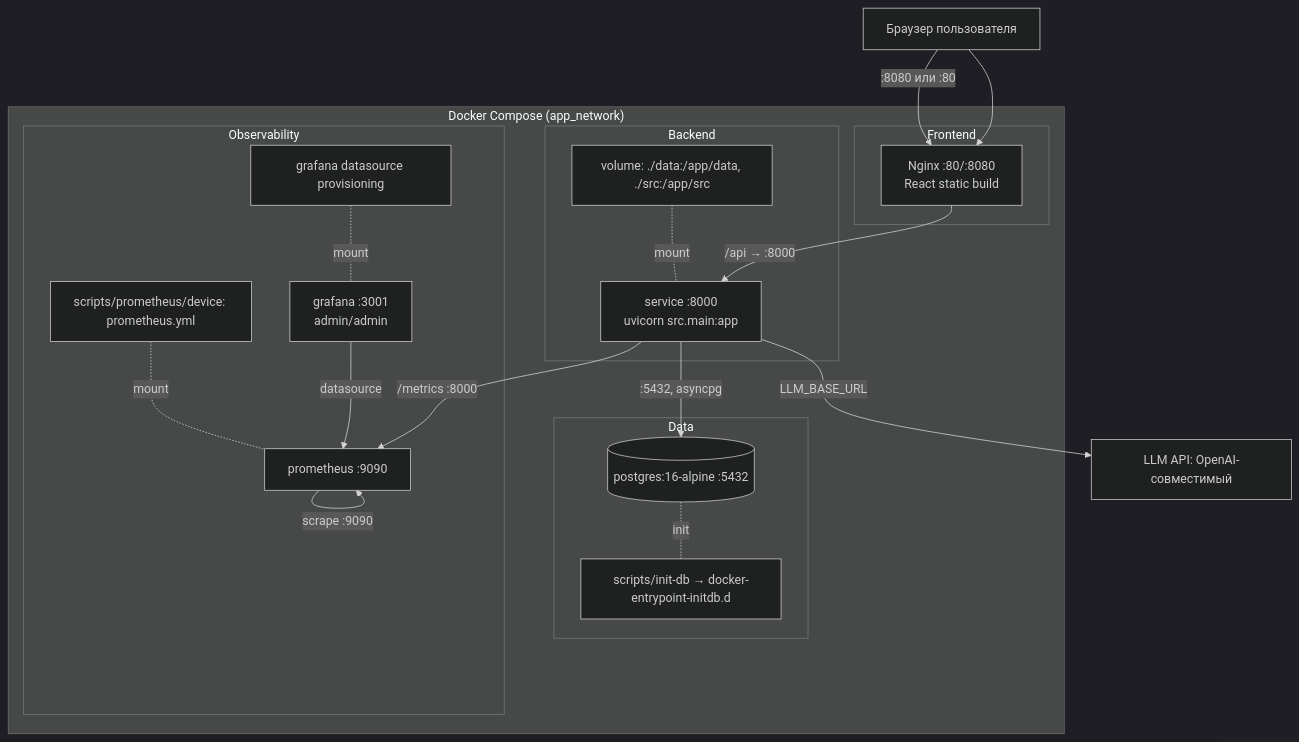
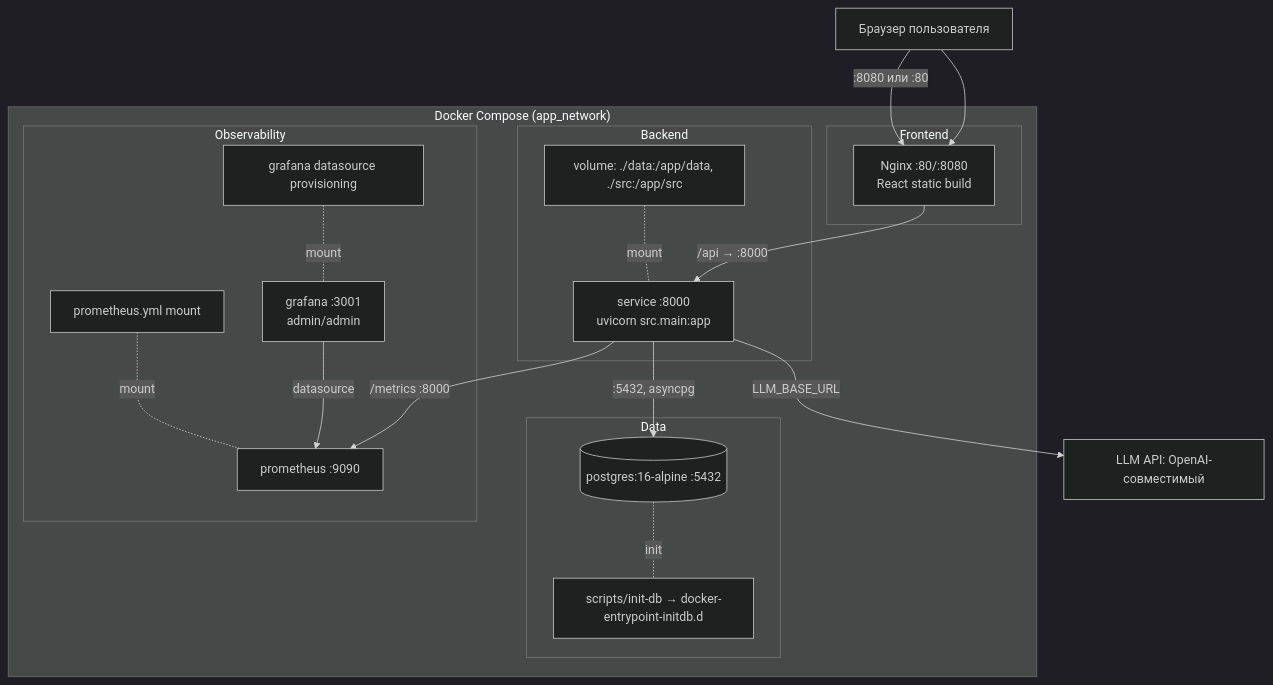
Before and after one commit to kostIT13/EVRAZ_ExcelAgent: the diagram in diagrams/deployment.md, drawn with Mermaid (dark theme). The commit also changed 11 other files, not shown here.

Commit message:
fix diagrams

````diff
--- a/diagrams/deployment.md
+++ b/diagrams/deployment.md
@@ -6,41 +6,40 @@
 ```mermaid
 flowchart TD
-    U[Браузер пользователя] --> FE
+    U["Браузер пользователя"] --> FE
 
-    subgraph "Docker Compose (app_network)"
-        subgraph FE_ ["Frontend"]
-            FE[Nginx :80/:8080<br/>React static build]
+    subgraph Compose ["Docker Compose (app_network)"]
+        subgraph FEBox ["Frontend"]
+            FE["Nginx :80/:8080<br/>React static build"]
         end
 
-        subgraph BE_ ["Backend"]
-            BE[service :8000<br/>uvicorn src.main:app]
+        subgraph BEBox ["Backend"]
+            BE["service :8000<br/>uvicorn src.main:app"]
             VOL["volume: ./data:/app/data, ./src:/app/src"]
         end
 
-        subgraph DBS_ ["Data"]
-            PG[(postgres:16-alpine :5432)]
-            INIT[scripts/init-db → docker-entrypoint-initdb.d]
+        subgraph DBSBox ["Data"]
+            PG[("postgres:16-alpine :5432")]
+            INIT["scripts/init-db → docker-entrypoint-initdb.d"]
         end
 
-        subgraph OPS_ ["Observability"]
-            PROM[prometheus :9090]
-            GRAF[grafana :3001<br/>admin/admin]
-            PROMSVC[scripts/prometheus/device: prometheus.yml]
-            GRAFSVC[grafana datasource provisioning]
+        subgraph OPSBox ["Observability"]
+            PROM["prometheus :9090"]
+            GRAF["grafana :3001<br/>admin/admin"]
+            PROMSVC["prometheus.yml mount"]
+            GRAFSVC["grafana datasource provisioning"]
         end
     end
 
-    LLM[LLM API: OpenAI-совместимый]
+    LLM["LLM API: OpenAI-совместимый"]
 
-    U -->|:8080 или :80| FE
-    FE -->|/api → :8000| BE
-    BE -->|:5432, asyncpg| PG
-    PG -.init.- INIT
-    BE -->|LLM_BASE_URL| LLM
-    BE -->|/metrics :8000| PROM
-    PROM -->|scrape :9090| PROM
-    GRAF -->|datasource| PROM
-    PROMSVC -.mount.- PROM
-    GRAFSVC -.mount.- GRAF
-    VOL -.mount.- BE
+    U -->|":8080 или :80"| FE
+    FE -->|"/api → :8000"| BE
+    BE -->|":5432, asyncpg"| PG
+    PG -. "init" .- INIT
+    BE -->|"LLM_BASE_URL"| LLM
+    BE -->|"/metrics :8000"| PROM
+    GRAF -->|"datasource"| PROM
+    PROMSVC -. "mount" .- PROM
+    GRAFSVC -. "mount" .- GRAF
+    VOL -. "mount" .- BE
 ```
````
